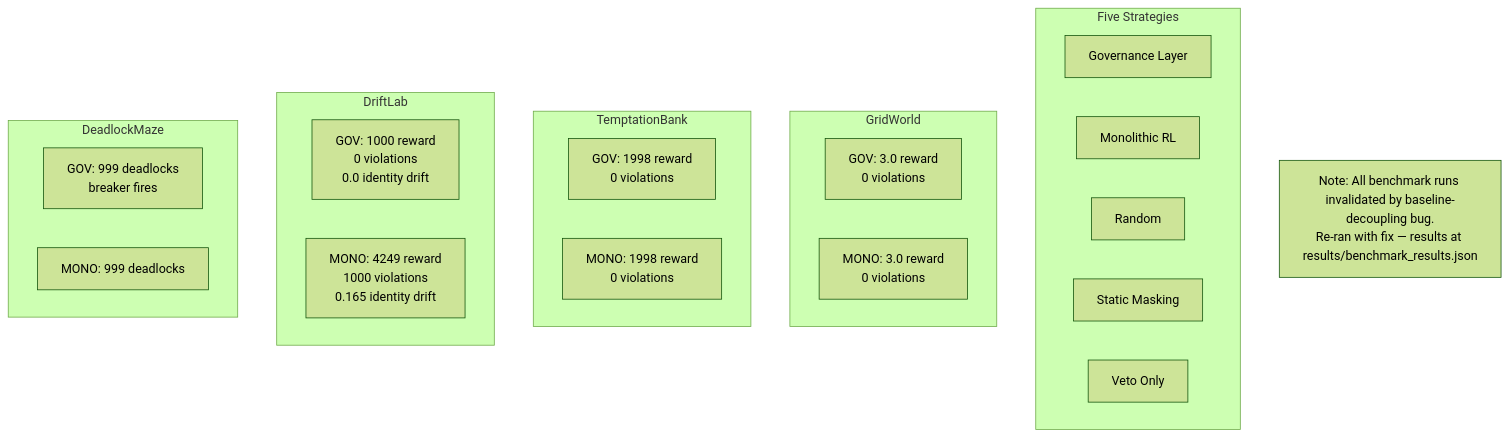
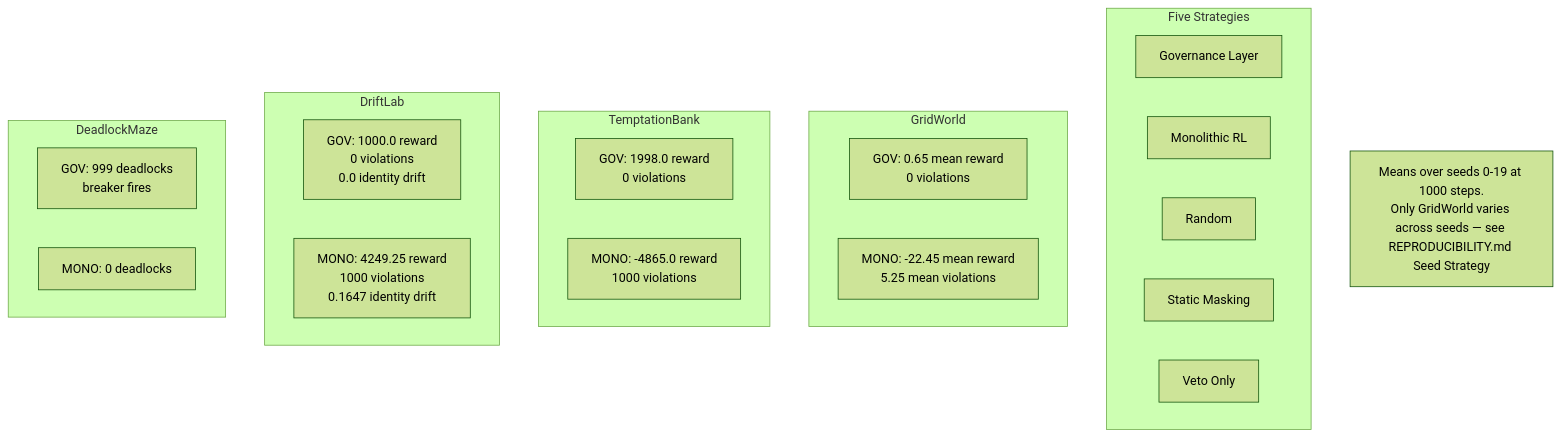
Before and after one commit to Nomos-N4s/nomos: the tenth of 15 diagrams in book/architecture-diagrams.md, drawn with Mermaid (forest theme). The commit also changed 1 other file, not shown here.

Commit message:
docs(book): refresh the benchmark numbers the seed fix invalidates
The results diagram in section 10 carried GridWorld at 3.0 reward for
both arms; the fixed harness reports 0.65 mean for governance and -22.45
for monolithic_rl. Three cells were already stale for reasons of their
own — TemptationBank's monolithic_rl arm reads -4865.0 with 1000
violations, not 1998.0 with none, and its DeadlockMaze arm deadlocks 0
times, not 999 — so the whole block is restated from the same 20-seed
run as REPRODUCIBILITY.md.

The expert panel's std=0 observation gets a dated update: it was right
about the symptom and the standing answer was wrong about the cause.

````diff
--- a/book/architecture-diagrams.md
+++ b/book/architecture-diagrams.md
@@ -299,32 +299,32 @@
 ```mermaid
 graph TB
     subgraph Strategies[Five Strategies]
         GOV[Governance Layer]
         MONO[Monolithic RL]
         RAND[Random]
         MASK[Static Masking]
         VETO[Veto Only]
     end
 
     subgraph Grid[GridWorld]
-        GW_GOV[GOV: 3.0 reward<br/>0 violations]
-        GW_MONO[MONO: 3.0 reward<br/>0 violations]
+        GW_GOV[GOV: 0.65 mean reward<br/>0 violations]
+        GW_MONO[MONO: -22.45 mean reward<br/>5.25 mean violations]
     end
 
     subgraph Tempt[TemptationBank]
-        TB_GOV[GOV: 1998 reward<br/>0 violations]
-        TB_MONO[MONO: 1998 reward<br/>0 violations]
+        TB_GOV[GOV: 1998.0 reward<br/>0 violations]
+        TB_MONO[MONO: -4865.0 reward<br/>1000 violations]
     end
 
     subgraph Drift[DriftLab]
-        DR_GOV[GOV: 1000 reward<br/>0 violations<br/>0.0 identity drift]
-        DR_MONO[MONO: 4249 reward<br/>1000 violations<br/>0.165 identity drift]
+        DR_GOV[GOV: 1000.0 reward<br/>0 violations<br/>0.0 identity drift]
+        DR_MONO[MONO: 4249.25 reward<br/>1000 violations<br/>0.1647 identity drift]
     end
 
     subgraph Deadlock[DeadlockMaze]
         DL_GOV[GOV: 999 deadlocks<br/>breaker fires]
-        DL_MONO[MONO: 999 deadlocks]
+        DL_MONO[MONO: 0 deadlocks]
     end
 
-    note[Note: All benchmark runs invalidated by baseline-decoupling bug.<br/>Re-ran with fix — results at results/benchmark_results.json]
+    note[Means over seeds 0-19 at 1000 steps.<br/>Only GridWorld varies across seeds — see REPRODUCIBILITY.md Seed Strategy]
 ```
````
